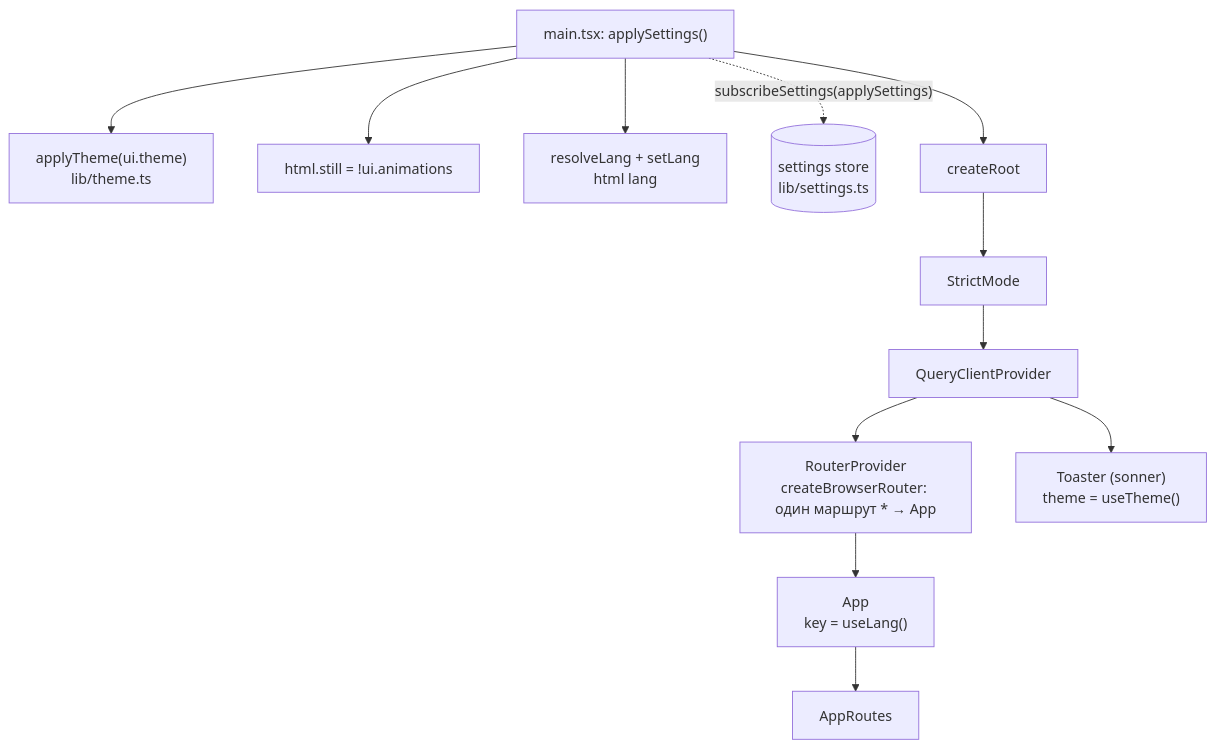
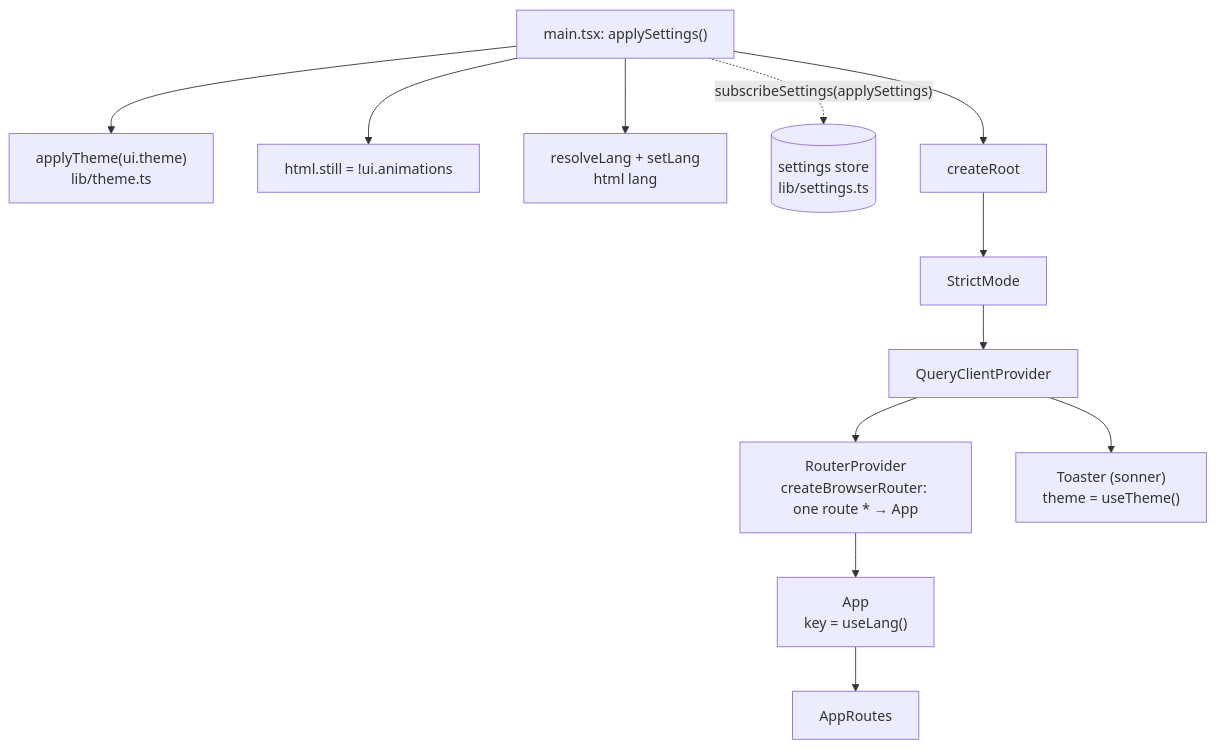
The first of 8 diagrams in docs/architecture.md (NikitkaZXC/tcloud-frontend), drawn with Mermaid before and after one commit. The commit also changed other lines of this file and 8 other files, not shown here.

````diff
--- a/docs/architecture.md
+++ b/docs/architecture.md
@@ -11,14 +12,14 @@
 ```mermaid
 flowchart TD
     boot["main.tsx: applySettings()"] --> theme["applyTheme(ui.theme)<br/>lib/theme.ts"]
     boot --> still["html.still = !ui.animations"]
     boot --> lang["resolveLang + setLang<br/>html lang"]
     boot -. "subscribeSettings(applySettings)" .-> store[("settings store<br/>lib/settings.ts")]
     boot --> root["createRoot"]
     root --> strict["StrictMode"]
     strict --> qc["QueryClientProvider"]
-    qc --> router["RouterProvider<br/>createBrowserRouter: один маршрут * → App"]
+    qc --> router["RouterProvider<br/>createBrowserRouter: one route * → App"]
     router --> app["App<br/>key = useLang()"]
     qc --> toaster["Toaster (sonner)<br/>theme = useTheme()"]
     app --> routes["AppRoutes"]
 ```
````
